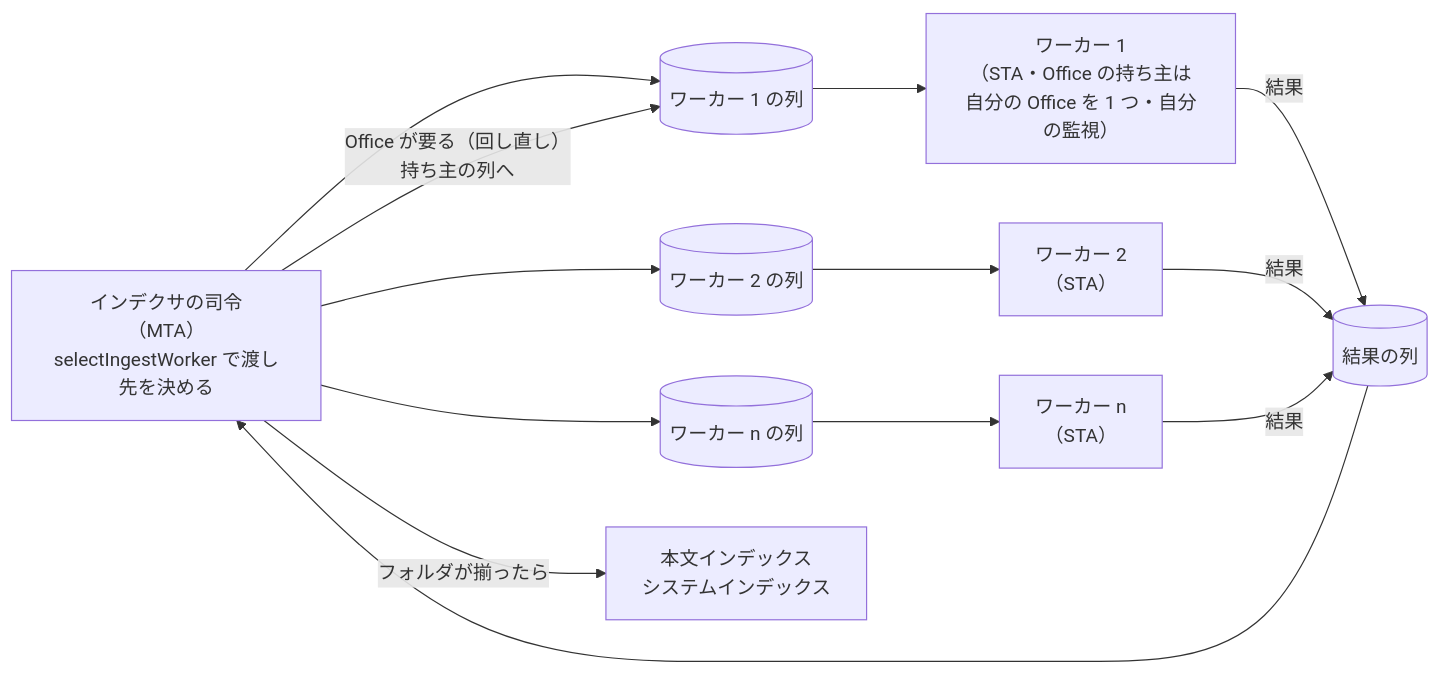
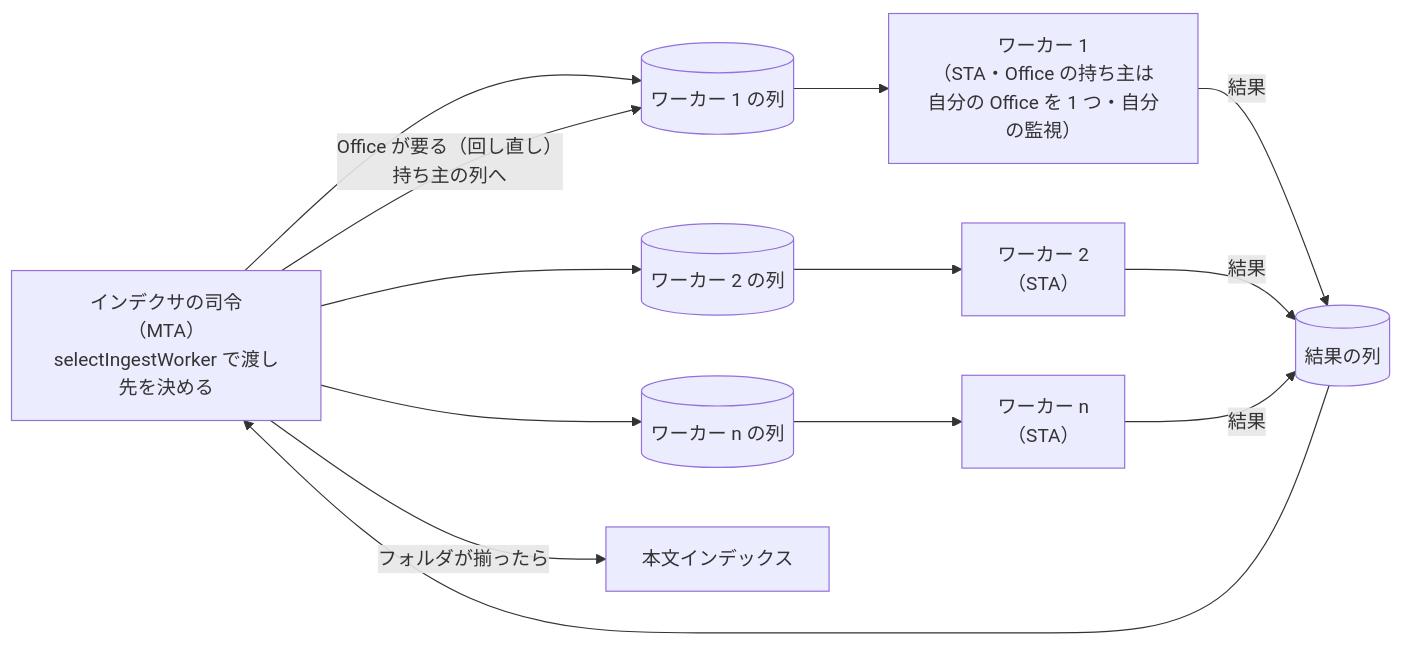
One commit to hsgwa/tebunko changed the first of 2 diagrams in docs/design/indexing/parallel.md. Above: the diagram before and after it, drawn with Mermaid. The commit also changed other lines of this file and 156 other files, not shown here.

````diff
--- a/docs/design/indexing/parallel.md
+++ b/docs/design/indexing/parallel.md
@@ -18,13 +18,13 @@
 ```mermaid
 flowchart LR
     C["インデクサの司令<br>（MTA）<br>selectIngestWorker で渡し先を決める"] --> Q1[("ワーカー 1 の列")]
     C --> Q2[("ワーカー 2 の列")]
     C --> Qn[("ワーカー n の列")]
     Q1 --> W1["ワーカー 1<br>（STA・Office の持ち主は<br>自分の Office を 1 つ・自分の監視）"]
     Q2 --> W2["ワーカー 2<br>（STA）"]
     Qn --> Wn["ワーカー n<br>（STA）"]
     W1 & W2 & Wn -- 結果 --> R[("結果の列")]
     R --> C
     C -- "Office が要る（回し直し）<br>持ち主の列へ" --> Q1
-    C -- フォルダが揃ったら --> P["本文インデックス<br>システムインデックス"]
+    C -- フォルダが揃ったら --> P["本文インデックス"]
 ```
````
